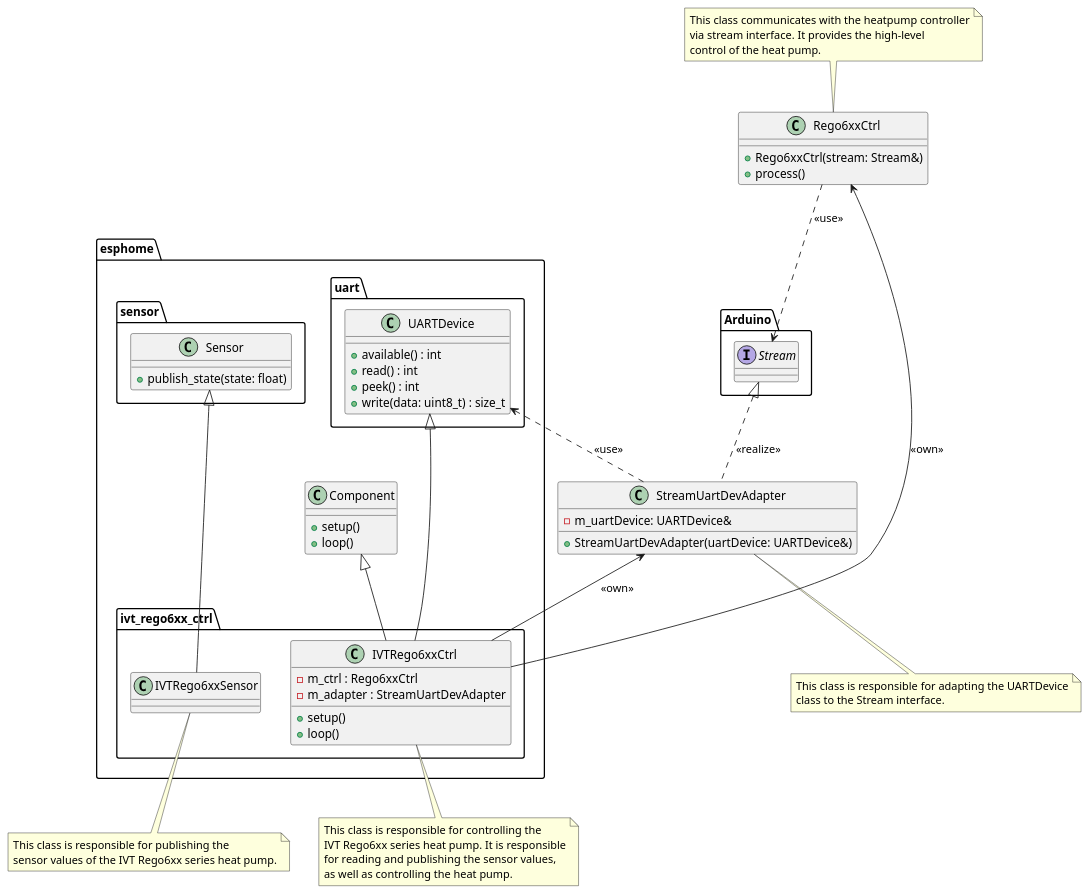
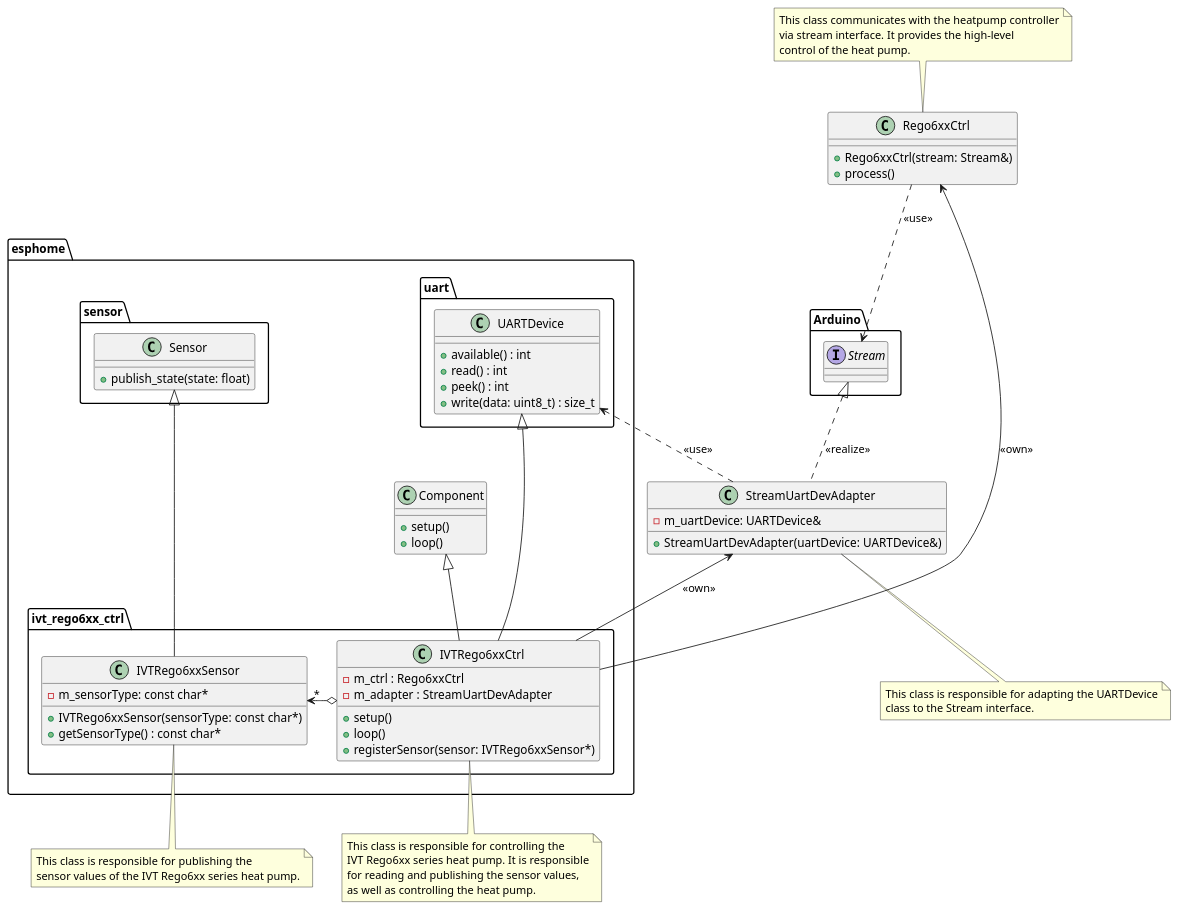
Before and after one commit to BlueAndi/IVTRego6xxControl: the diagram in doc/sw-architecture/class_diagram.puml, drawn with PlantUML. The commit also changed 7 other files, not shown here.

Commit message:
Software architecture ready so far, including the implementation of the interfaces.

```diff
--- a/doc/sw-architecture/class_diagram.puml
+++ b/doc/sw-architecture/class_diagram.puml
@@ -1,90 +1,96 @@
 @startuml class_diagram
 
 package "esphome" {
 
     package "uart" as uartPckg {
 
         class "UARTDevice" as uartDevice {
             + available() : int
             + read() : int
             + peek() : int
             + write(data: uint8_t) : size_t
         }
     }
 
     class "Component" as comp {
         + setup()
         + loop()
     }
 
     package "sensor" as sensorPckg {
 
         class "Sensor" as sensor {
             + publish_state(state: float)
         }
     }
 
     package "ivt_rego6xx_ctrl" as ivtRego6xxCtrlPckg {
 
         class "IVTRego6xxCtrl" as ivtRego6xxCtrl {
             - m_ctrl : Rego6xxCtrl
             - m_adapter : StreamUartDevAdapter
             + setup()
             + loop()
+            + registerSensor(sensor: IVTRego6xxSensor*)
         }
 
         class "IVTRego6xxSensor" as ivtRego6xxSensor {
+            - m_sensorType: const char*
+            + IVTRego6xxSensor(sensorType: const char*)
+            + getSensorType() : const char*
         }
     }
 }
 
 note bottom of ivtRego6xxCtrl
     This class is responsible for controlling the
     IVT Rego6xx series heat pump. It is responsible
     for reading and publishing the sensor values,
     as well as controlling the heat pump.
 end note
 
 note bottom of ivtRego6xxSensor
     This class is responsible for publishing the
     sensor values of the IVT Rego6xx series heat pump.
 end note
 
 class "StreamUartDevAdapter" as streamUartDevAdapter {
     - m_uartDevice: UARTDevice&
     + StreamUartDevAdapter(uartDevice: UARTDevice&)
 }
 
 note bottom of streamUartDevAdapter
     This class is responsible for adapting the UARTDevice
     class to the Stream interface.
 end note
 
 class "Rego6xxCtrl" as rego6xxCtrl {
     + Rego6xxCtrl(stream: Stream&)
     + process()
 }
 
 note top of rego6xxCtrl
     This class communicates with the heatpump controller
     via stream interface. It provides the high-level
     control of the heat pump.
 end note
 
 package "Arduino" as arduinoPckg {
     interface "Stream" as stream
 }
 
 uartDevice <|--- ivtRego6xxCtrl
 comp <|-- ivtRego6xxCtrl
 rego6xxCtrl <-- ivtRego6xxCtrl: <<own>>
 streamUartDevAdapter <-- ivtRego6xxCtrl: <<own>>
 
 stream <|.. streamUartDevAdapter: <<realize>>
 uartDevice <.. streamUartDevAdapter: <<use>>
 
 rego6xxCtrl ..> stream: <<use>>
 
 sensor <|--- ivtRego6xxSensor
 
+ivtRego6xxSensor "*" <-o ivtRego6xxCtrl
+
 @enduml
```
